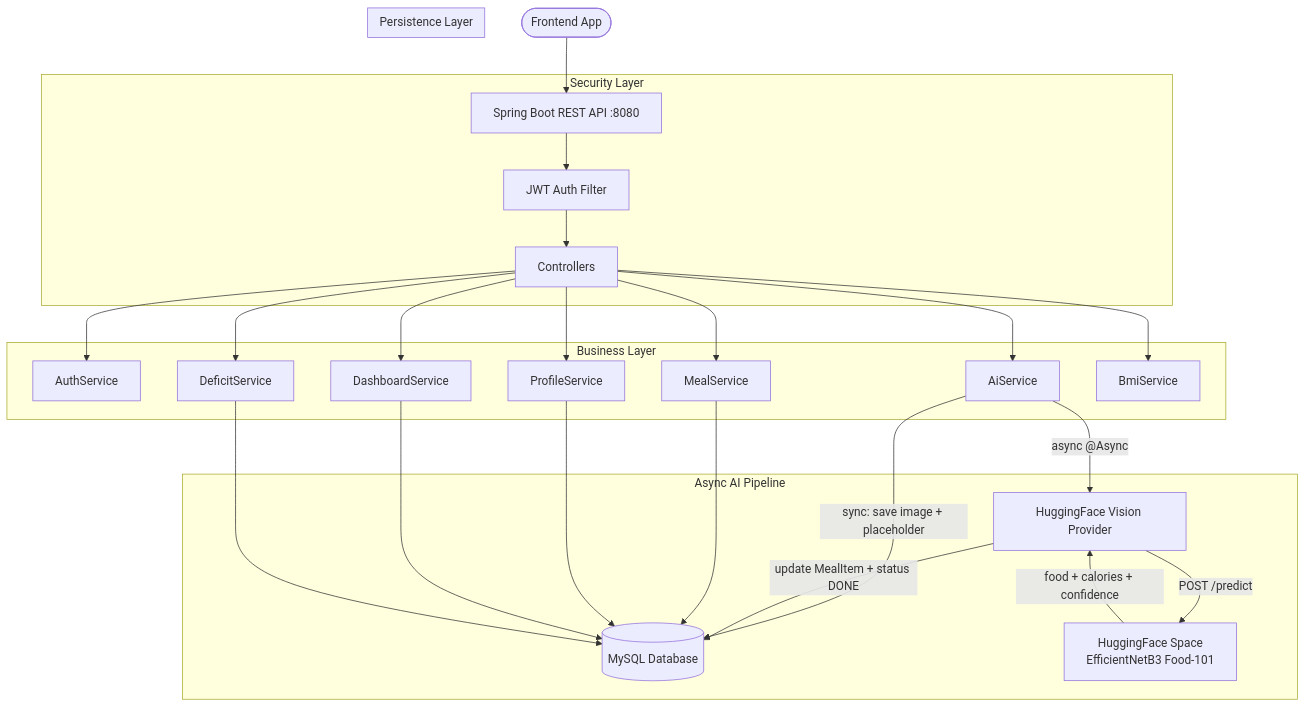
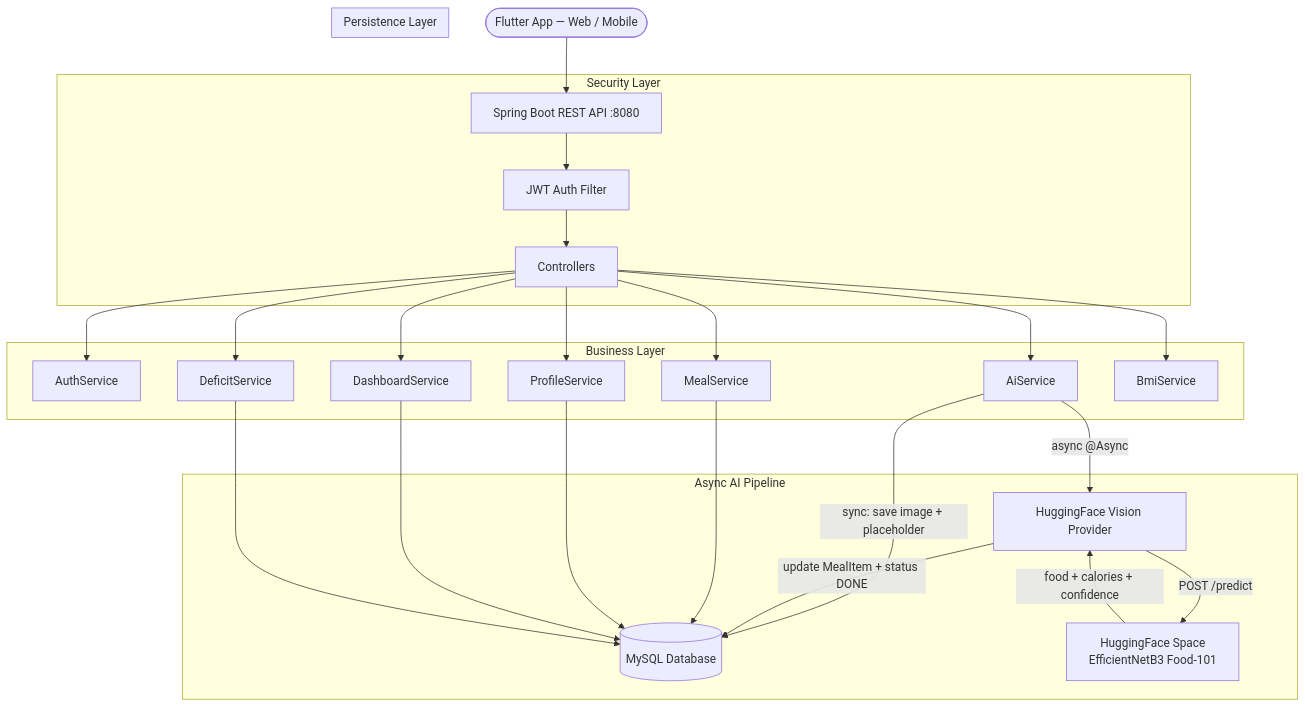
The first of 2 diagrams in README.md (MahmoudYoussef-web/calorie-tracker-backend), drawn with Mermaid before and after one commit. The commit also changed other lines of this file, not shown here.

````diff
--- a/README.md
+++ b/README.md
@@ -61,34 +77,34 @@
 ```mermaid
 graph TD
-    Client([Frontend App]) --> API[Spring Boot REST API :8080]
+    Client([Flutter App — Web / Mobile]) --> API[Spring Boot REST API :8080]
 
     subgraph Security Layer
         API --> JWT[JWT Auth Filter]
         JWT --> Controllers
     end
 
     subgraph Business Layer
         Controllers --> AuthService
         Controllers --> MealService
         Controllers --> AiService
         Controllers --> ProfileService
         Controllers --> DashboardService
         Controllers --> DeficitService
         Controllers --> BmiService
     end
 
     subgraph Async AI Pipeline
         AiService -->|sync: save image + placeholder| DB[(MySQL Database)]
         AiService -->|async @Async| VisionProvider[HuggingFace Vision Provider]
         VisionProvider -->|POST /predict| HF[HuggingFace Space\nEfficientNetB3 Food-101]
         HF -->|food + calories + confidence| VisionProvider
         VisionProvider -->|update MealItem + status DONE| DB
     end
 
     subgraph Persistence Layer
         MealService --> DB
         ProfileService --> DB
         DashboardService --> DB
         DeficitService --> DB
     end
 ```
````
